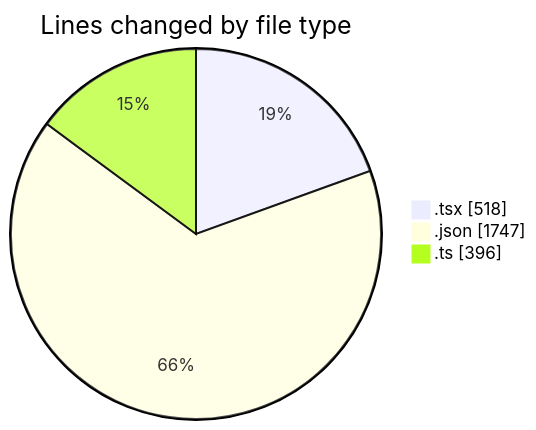
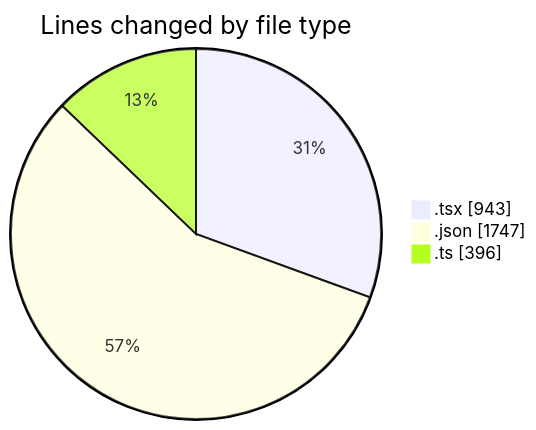
The first of 2 diagrams in 2025-10-30/eventscop-frontend-guide__workspace_/README.md (julien-gomy/code-tracking), drawn with Mermaid before and after one commit. The commit also changed other lines of this file and 1 other file, not shown here.

````diff
--- a/2025-10-30/eventscop-frontend-guide__workspace_/README.md
+++ b/2025-10-30/eventscop-frontend-guide__workspace_/README.md
@@ -29,7 +30,7 @@
 ```mermaid
 pie showData
 title Lines changed by file type
-".tsx" : 518
+".tsx" : 943
 ".json" : 1747
 ".ts" : 396
 ```
````
